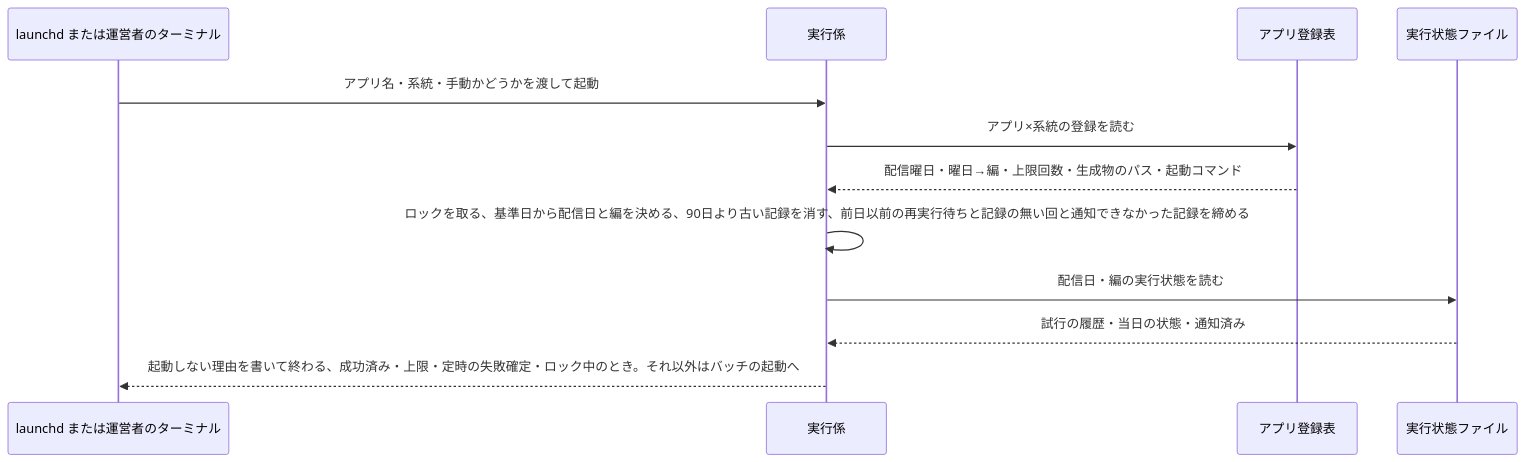
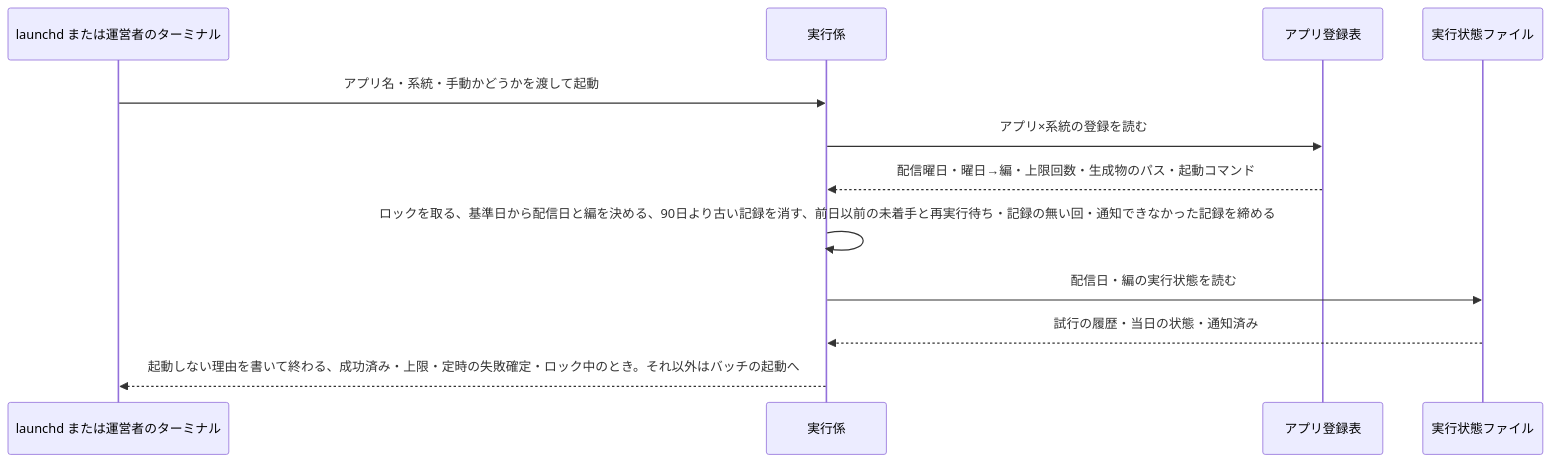
Before and after one commit to dnode-ryosuke-yamazaki/study: the first of 6 diagrams in apps/digest-platform/specs/batch-runner/design.md, drawn with Mermaid. The commit also changed other lines of this file and 4 other files, not shown here.

````diff
--- a/apps/digest-platform/specs/batch-runner/design.md
+++ b/apps/digest-platform/specs/batch-runner/design.md
@@ -61,14 +62,14 @@
 ```mermaid
 sequenceDiagram
     participant L as launchd または運営者のターミナル
     participant R as 実行係
     participant A as アプリ登録表
     participant S as 実行状態ファイル
     L->>R: アプリ名・系統・手動かどうかを渡して起動
     R->>A: アプリ×系統の登録を読む
     A-->>R: 配信曜日・曜日→編・上限回数・生成物のパス・起動コマンド
-    R->>R: ロックを取る、基準日から配信日と編を決める、90日より古い記録を消す、前日以前の再実行待ちと記録の無い回と通知できなかった記録を締める
+    R->>R: ロックを取る、基準日から配信日と編を決める、90日より古い記録を消す、前日以前の未着手と再実行待ち・記録の無い回・通知できなかった記録を締める
     R->>S: 配信日・編の実行状態を読む
     S-->>R: 試行の履歴・当日の状態・通知済み
     R-->>L: 起動しない理由を書いて終わる、成功済み・上限・定時の失敗確定・ロック中のとき。それ以外はバッチの起動へ
 ```
````
